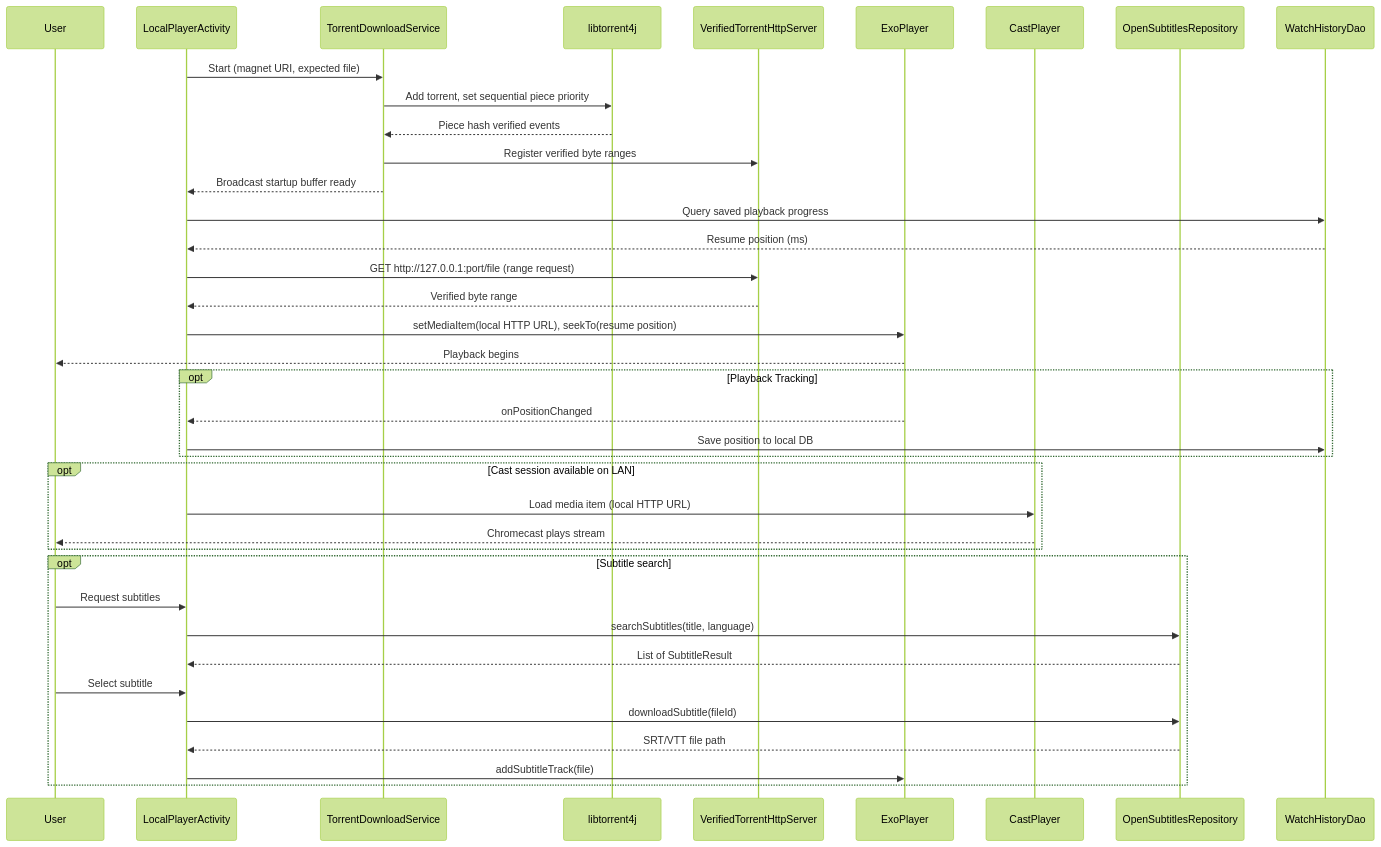
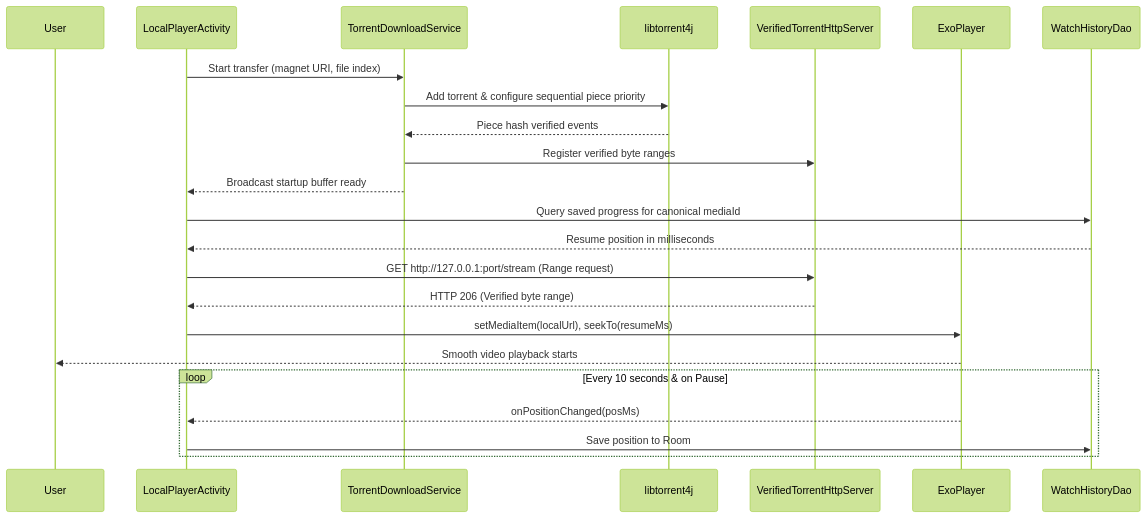
Before and after one commit to martinrevert/LaTorrentola: the fourth of 15 diagrams in ARCHITECTURE.md, drawn with Mermaid (forest theme). The commit also changed other lines of this file and 2 other files, not shown here.

````diff
--- a/ARCHITECTURE.md
+++ b/ARCHITECTURE.md
@@ -299,41 +480,26 @@
 ```mermaid
 sequenceDiagram
     participant U as User
     participant LPA as LocalPlayerActivity
     participant TDS as TorrentDownloadService
     participant LT as libtorrent4j
     participant HTTP as VerifiedTorrentHttpServer
     participant EXO as ExoPlayer
-    participant CAST as CastPlayer
-    participant OSR as OpenSubtitlesRepository
     participant WDAO as WatchHistoryDao
 
-    LPA->>TDS: Start (magnet URI, expected file)
-    TDS->>LT: Add torrent, set sequential piece priority
+    LPA->>TDS: Start transfer (magnet URI, file index)
+    TDS->>LT: Add torrent & configure sequential piece priority
     LT-->>TDS: Piece hash verified events
     TDS->>HTTP: Register verified byte ranges
     TDS-->>LPA: Broadcast startup buffer ready
-    LPA->>WDAO: Query saved playback progress
-    WDAO-->>LPA: Resume position (ms)
-    LPA->>HTTP: GET http://127.0.0.1:port/file (range request)
-    HTTP-->>LPA: Verified byte range
-    LPA->>EXO: setMediaItem(local HTTP URL), seekTo(resume position)
-    EXO-->>U: Playback begins
-    opt Playback Tracking
-        EXO-->>LPA: onPositionChanged
-        LPA->>WDAO: Save position to local DB
-    end
-    opt Cast session available on LAN
-        LPA->>CAST: Load media item (local HTTP URL)
-        CAST-->>U: Chromecast plays stream
-    end
-    opt Subtitle search
-        U->>LPA: Request subtitles
-        LPA->>OSR: searchSubtitles(title, language)
-        OSR-->>LPA: List of SubtitleResult
-        U->>LPA: Select subtitle
-        LPA->>OSR: downloadSubtitle(fileId)
-        OSR-->>LPA: SRT/VTT file path
-        LPA->>EXO: addSubtitleTrack(file)
+    LPA->>WDAO: Query saved progress for canonical mediaId
+    WDAO-->>LPA: Resume position in milliseconds
+    LPA->>HTTP: GET http://127.0.0.1:port/stream (Range request)
+    HTTP-->>LPA: HTTP 206 (Verified byte range)
+    LPA->>EXO: setMediaItem(localUrl), seekTo(resumeMs)
+    EXO-->>U: Smooth video playback starts
+    loop Every 10 seconds & on Pause
+        EXO-->>LPA: onPositionChanged(posMs)
+        LPA->>WDAO: Save position to Room
     end
 ```
````
